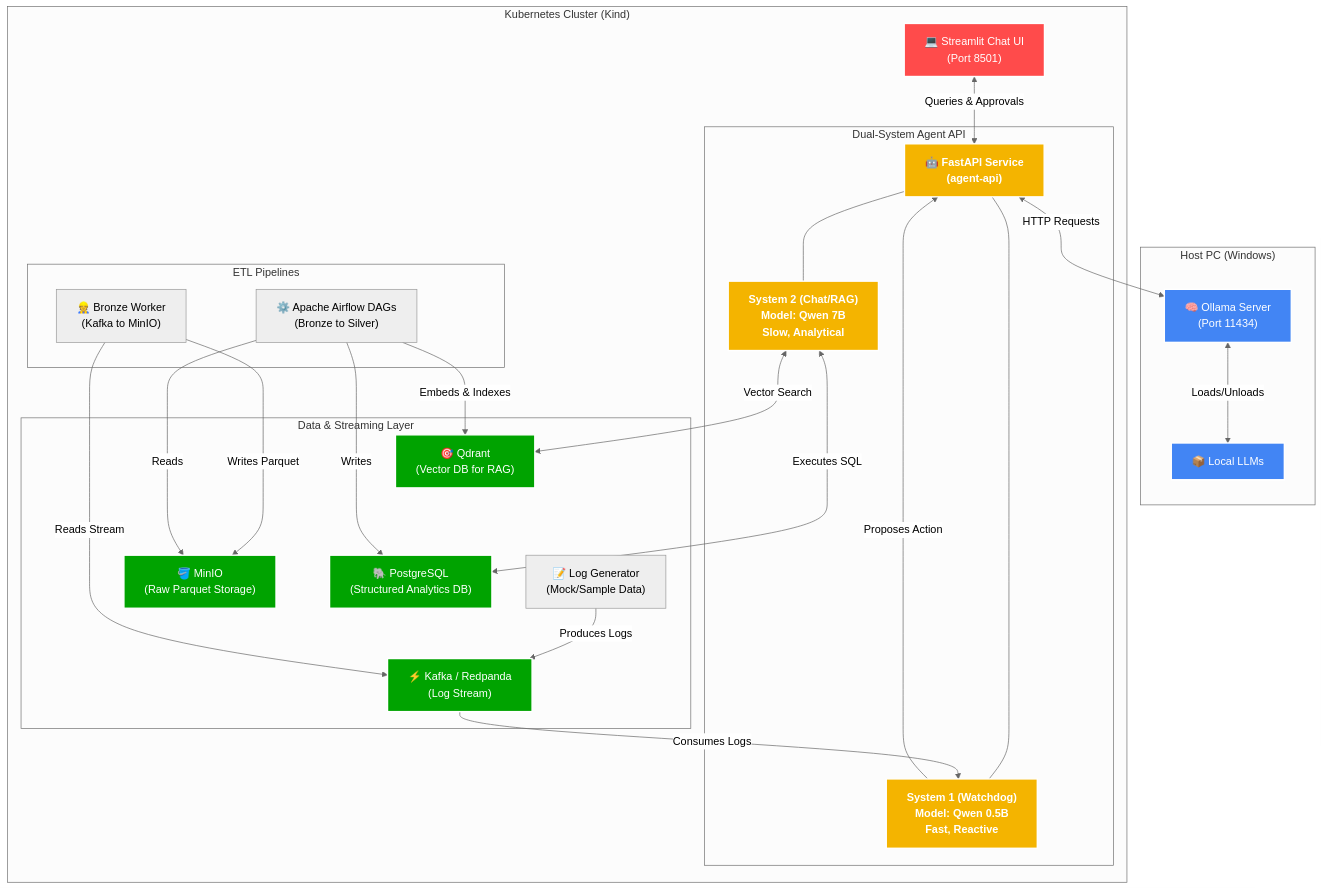
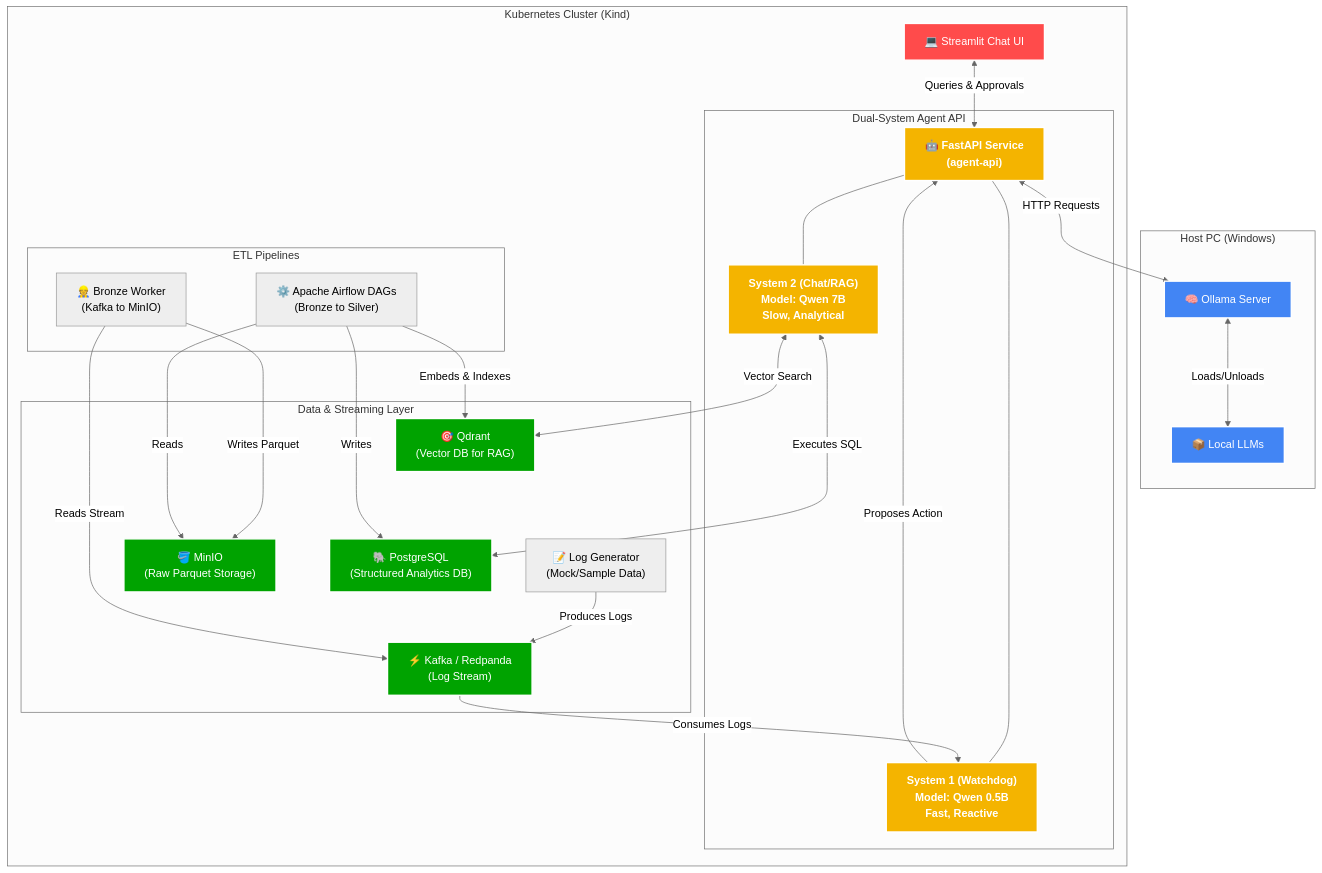
Before and after one commit to maayankaidar/dual-system-agents: the diagram in README.md, drawn with Mermaid (neutral theme).

Commit message:
Update diagram: Remove hardcoded port numbers

````diff
--- a/README.md
+++ b/README.md
@@ -7,69 +7,69 @@
 ```mermaid
 flowchart TD
     %% Define Styles
     classDef k8s fill:#326ce5,stroke:#fff,stroke-width:2px,color:#fff;
     classDef host fill:#4285F4,stroke:#fff,stroke-width:2px,color:#fff;
     classDef db fill:#00a300,stroke:#fff,stroke-width:2px,color:#fff;
     classDef ui fill:#ff4b4b,stroke:#fff,stroke-width:2px,color:#fff;
     classDef agent fill:#f4b400,stroke:#fff,stroke-width:2px,color:#fff,font-weight:bold;
 
     %% Host Machine Layer
     subgraph Host["Host PC (Windows)"]
-        Ollama["🧠 Ollama Server<br>(Port 11434)"]:::host
+        Ollama["🧠 Ollama Server"]:::host
         Models["📦 Local LLMs"]:::host
         Ollama <-->|Loads/Unloads| Models
     end
 
     %% Kubernetes Cluster Layer
     subgraph K8s["Kubernetes Cluster (Kind)"]
-        UI["💻 Streamlit Chat UI<br>(Port 8501)"]:::ui
+        UI["💻 Streamlit Chat UI"]:::ui
         
         subgraph Data["Data & Streaming Layer"]
             Producer["📝 Log Generator<br>(Mock/Sample Data)"]
             Kafka["⚡ Kafka / Redpanda<br>(Log Stream)"]:::db
             MinIO["🪣 MinIO<br>(Raw Parquet Storage)"]:::db
             Postgres["🐘 PostgreSQL<br>(Structured Analytics DB)"]:::db
             Qdrant["🎯 Qdrant<br>(Vector DB for RAG)"]:::db
             
             Producer -->|Produces Logs| Kafka
             
             %% Layout hints: Qdrant top-left, Postgres below it, Kafka at bottom, MinIO top-right
             Qdrant ~~~ MinIO
             Qdrant ~~~ Postgres
             Postgres ~~~ Kafka
         end
 
         subgraph Orchestration["ETL Pipelines"]
             BronzeWorker["👷 Bronze Worker<br>(Kafka to MinIO)"]
             Airflow["⚙️ Apache Airflow DAGs<br>(Bronze to Silver)"]
             
             BronzeWorker -->|Reads Stream| Kafka
             BronzeWorker -->|Writes Parquet| MinIO
             
             Airflow -->|Reads| MinIO
             Airflow -->|Writes| Postgres
             Airflow -->|Embeds & Indexes| Qdrant
         end
 
         subgraph Agents["Dual-System Agent API"]
             AgentAPI["🤖 FastAPI Service<br>(agent-api)"]:::agent
             
             Sys1["System 1 (Watchdog)<br>Model: Qwen 0.5B<br>Fast, Reactive"]:::agent
             Sys2["System 2 (Chat/RAG)<br>Model: Qwen 7B<br>Slow, Analytical"]:::agent
             
             AgentAPI --- Sys1
             AgentAPI --- Sys2
         end
 
     end
 
     %% Data Flow & Connections
     Kafka -->|Consumes Logs| Sys1
     Sys1 -->|Proposes Action| AgentAPI
     
     UI <-->|Queries & Approvals| AgentAPI
     Sys2 <-->|Vector Search| Qdrant
     Sys2 <-->|Executes SQL| Postgres
     
     AgentAPI <-->|HTTP Requests| Ollama
 ```
````
